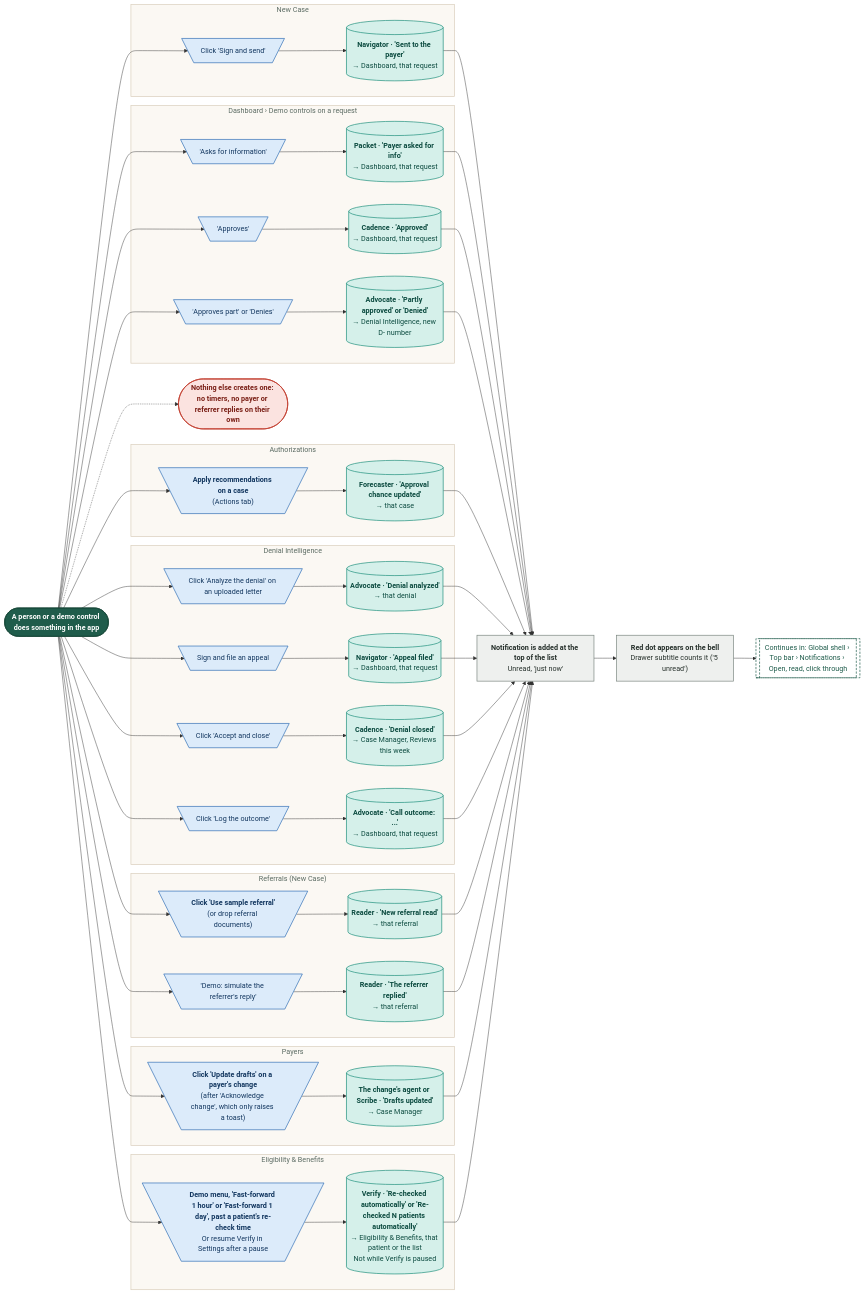
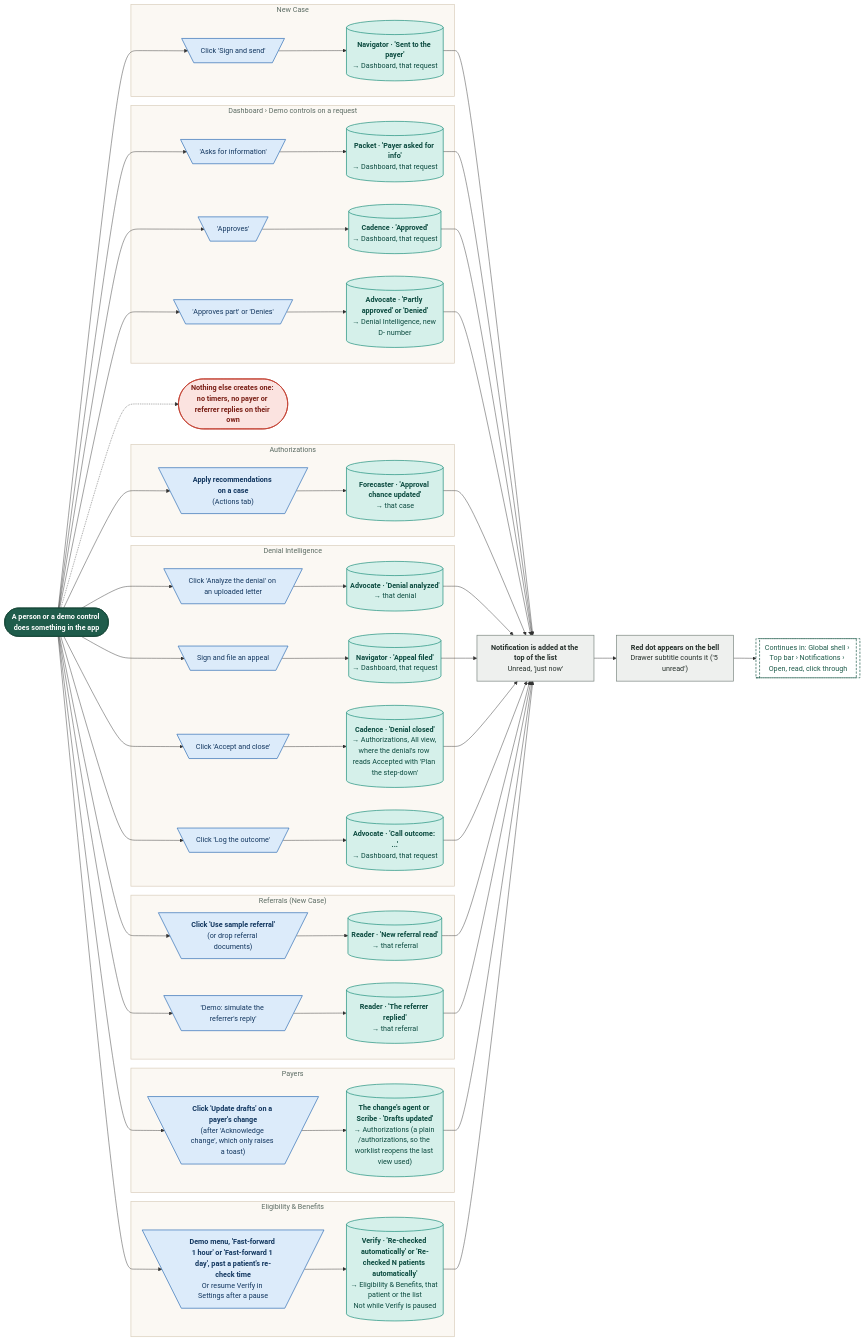
Before and after one commit to Shrav143/psyfloapp: the diagram in demos/prior-auth-demo/workflows/out/mmd/01-global-shell/31-notifications-what-creates-one.mmd, drawn with Mermaid. The commit also changed 113 other files, not shown here.

First line of the commit message:
docs: workflow diagrams for the merged Authorizations (worklist, approved, reviews and tracked cases, sidebar arrow), every link retargeted, 336 diagrams

```diff
--- a/demos/prior-auth-demo/workflows/out/mmd/01-global-shell/31-notifications-what-creates-one.mmd
+++ b/demos/prior-auth-demo/workflows/out/mmd/01-global-shell/31-notifications-what-creates-one.mmd
@@ -1,93 +1,93 @@
 %%{init: {"theme":"base","themeVariables":{"fontFamily":"'DM Sans', 'Segoe UI', system-ui, sans-serif","fontSize":"15px","lineColor":"#5B6B63","primaryTextColor":"#1C2B25","clusterBkg":"#FBF8F3","clusterBorder":"#D9CDBB","edgeLabelBackground":"#FFFFFF"},"flowchart":{"curve":"basis","nodeSpacing":36,"rankSpacing":48,"padding":12,"htmlLabels":true,"useMaxWidth":false,"wrappingWidth":230}} }%%
 flowchart LR
   classDef k_start fill:#1F5C4B,stroke:#174638,color:#FFFFFF,stroke-width:1.5px,font-weight:600
   classDef k_end fill:#DDEFE3,stroke:#2E7D4F,color:#14502F,stroke-width:1.5px,font-weight:600
   classDef k_endx fill:#FBE3E0,stroke:#C0392B,color:#7A1F16,stroke-width:1.5px,font-weight:600
   classDef k_screen fill:#FFFDF8,stroke:#1F5C4B,color:#1C2B25,stroke-width:2px
   classDef k_overlay fill:#F1F7F3,stroke:#1F5C4B,color:#1C2B25,stroke-width:2px,stroke-dasharray:5 3
   classDef k_click fill:#DCEBFA,stroke:#2F6DB5,color:#12365F,stroke-width:1.5px
   classDef k_input fill:#E4E7FF,stroke:#4C5FD5,color:#1D2670,stroke-width:1.5px
   classDef k_process fill:#EEF0EE,stroke:#7A857F,color:#26302B,stroke-width:1.5px
   classDef k_agent fill:#EEE5FA,stroke:#7A4FC2,color:#341A63,stroke-width:1.5px
   classDef k_decision fill:#FFF0CC,stroke:#D9962B,color:#5C3B00,stroke-width:1.5px
   classDef k_store fill:#D5F0EA,stroke:#1C8E7B,color:#0B4A3F,stroke-width:1.5px
   classDef k_doc fill:#F6E9DC,stroke:#B07A4C,color:#4A2E14,stroke-width:1.5px
   classDef k_ext fill:#FFE6D2,stroke:#E07B39,color:#6B2F06,stroke-width:1.5px
   classDef k_wait fill:#E4E8EE,stroke:#6B7C93,color:#26303D,stroke-width:1.5px
   classDef k_toast fill:#FFF9DB,stroke:#C9A400,color:#5A4A00,stroke-width:1.5px
   classDef k_goto fill:#FFFFFF,stroke:#1F5C4B,color:#1F5C4B,stroke-width:1.5px,stroke-dasharray:5 3
   s1@{ shape: stadium, label: "A person or a demo control does something in the app" }
   subgraph gPay ["Payers"]
   c10@{ shape: trap-t, label: "<b>Click 'Update drafts' on a payer's change</b><br/>(after 'Acknowledge change', which only raises a toast)" }
-  n10@{ shape: cyl, label: "<b>The change's agent or Scribe · 'Drafts updated'</b><br/>→ Case Manager" }
+  n10@{ shape: cyl, label: "<b>The change's agent or Scribe · 'Drafts updated'</b><br/>→ Authorizations (a plain /authorizations, so the worklist reopens the last view used)" }
   end
   subgraph gRef ["Referrals (New Case)"]
   c9@{ shape: trap-t, label: "<b>Click 'Use sample referral'</b><br/>(or drop referral documents)" }
   n9@{ shape: cyl, label: "<b>Reader · 'New referral read'</b><br/>→ that referral" }
   c9b@{ shape: trap-t, label: "'Demo: simulate the referrer's reply'" }
   n9b@{ shape: cyl, label: "<b>Reader · 'The referrer replied'</b><br/>→ that referral" }
   end
   subgraph gDen ["Denial Intelligence"]
   c8@{ shape: trap-t, label: "Click 'Analyze the denial' on an uploaded letter" }
   n8@{ shape: cyl, label: "<b>Advocate · 'Denial analyzed'</b><br/>→ that denial" }
   c8b@{ shape: trap-t, label: "Sign and file an appeal" }
   n8b@{ shape: cyl, label: "<b>Navigator · 'Appeal filed'</b><br/>→ Dashboard, that request" }
   c8c@{ shape: trap-t, label: "Click 'Accept and close'" }
-  n8c@{ shape: cyl, label: "<b>Cadence · 'Denial closed'</b><br/>→ Case Manager, Reviews this week" }
+  n8c@{ shape: cyl, label: "<b>Cadence · 'Denial closed'</b><br/>→ Authorizations, All view, where the denial's row reads Accepted with 'Plan the step-down'" }
   c8d@{ shape: trap-t, label: "Click 'Log the outcome'" }
   n8d@{ shape: cyl, label: "<b>Advocate · 'Call outcome: ...'</b><br/>→ Dashboard, that request" }
   end
   subgraph gElig ["Eligibility & Benefits"]
   c11@{ shape: trap-t, label: "<b>Demo menu, 'Fast-forward 1 hour' or 'Fast-forward 1 day', past a patient's re-check time</b><br/>Or resume Verify in Settings after a pause" }
   n11@{ shape: cyl, label: "<b>Verify · 'Re-checked automatically' or 'Re-checked N patients automatically'</b><br/>→ Eligibility & Benefits, that patient or the list<br/>Not while Verify is paused" }
   end
   subgraph gAuth ["Authorizations"]
   c7@{ shape: trap-t, label: "<b>Apply recommendations on a case</b><br/>(Actions tab)" }
   n7@{ shape: cyl, label: "<b>Forecaster · 'Approval chance updated'</b><br/>→ that case" }
   end
   subgraph gDash ["Dashboard › Demo controls on a request"]
   c4@{ shape: trap-t, label: "'Asks for information'" }
   n4@{ shape: cyl, label: "<b>Packet · 'Payer asked for info'</b><br/>→ Dashboard, that request" }
   c5@{ shape: trap-t, label: "'Approves'" }
   n5@{ shape: cyl, label: "<b>Cadence · 'Approved'</b><br/>→ Dashboard, that request" }
   c6@{ shape: trap-t, label: "'Approves part' or 'Denies'" }
   n6@{ shape: cyl, label: "<b>Advocate · 'Partly approved' or 'Denied'</b><br/>→ Denial Intelligence, new D- number" }
   end
   subgraph gSend ["New Case"]
   c1@{ shape: trap-t, label: "Click 'Sign and send'" }
   n1@{ shape: cyl, label: "<b>Navigator · 'Sent to the payer'</b><br/>→ Dashboard, that request" }
   end
   p1@{ shape: rect, label: "<b>Notification is added at the top of the list</b><br/>Unread, 'just now'" }
   p2@{ shape: rect, label: "<b>Red dot appears on the bell</b><br/>Drawer subtitle counts it ('5 unread')" }
   g1@{ shape: subproc, label: "Continues in: Global shell › Top bar › Notifications › Open, read, click through" }
   e1@{ shape: stadium, label: "Nothing else creates one: no timers, no payer or referrer replies on their own" }
   s1 --> c1 & c4 & c5 & c6 & c7 & c8 & c8b & c8c & c8d & c9 & c9b & c10 & c11
   c1 --> n1
   c4 --> n4
   c5 --> n5
   c6 --> n6
   c7 --> n7
   c8 --> n8
   c8b --> n8b
   c8c --> n8c
   c8d --> n8d
   c9 --> n9
   c9b --> n9b
   c10 --> n10
   c11 --> n11
   n1 & n4 & n5 & n6 & n7 & n8 & n8b & n8c & n8d & n9 & n9b & n10 & n11 --> p1
   p1 --> p2 --> g1
   s1 -.-> e1
   class s1 k_start
   class c10,c9,c9b,c8,c8b,c8c,c8d,c11,c7,c4,c5,c6,c1 k_click
   class n10,n9,n9b,n8,n8b,n8c,n8d,n11,n7,n4,n5,n6,n1 k_store
   class p1,p2 k_process
   class g1 k_goto
   class e1 k_endx
   style gPay fill:#FBF8F3,stroke:#D9CDBB,stroke-width:1.5px,color:#5B6B63
   style gRef fill:#FBF8F3,stroke:#D9CDBB,stroke-width:1.5px,color:#5B6B63
   style gDen fill:#FBF8F3,stroke:#D9CDBB,stroke-width:1.5px,color:#5B6B63
   style gElig fill:#FBF8F3,stroke:#D9CDBB,stroke-width:1.5px,color:#5B6B63
   style gAuth fill:#FBF8F3,stroke:#D9CDBB,stroke-width:1.5px,color:#5B6B63
   style gDash fill:#FBF8F3,stroke:#D9CDBB,stroke-width:1.5px,color:#5B6B63
   style gSend fill:#FBF8F3,stroke:#D9CDBB,stroke-width:1.5px,color:#5B6B63
```
